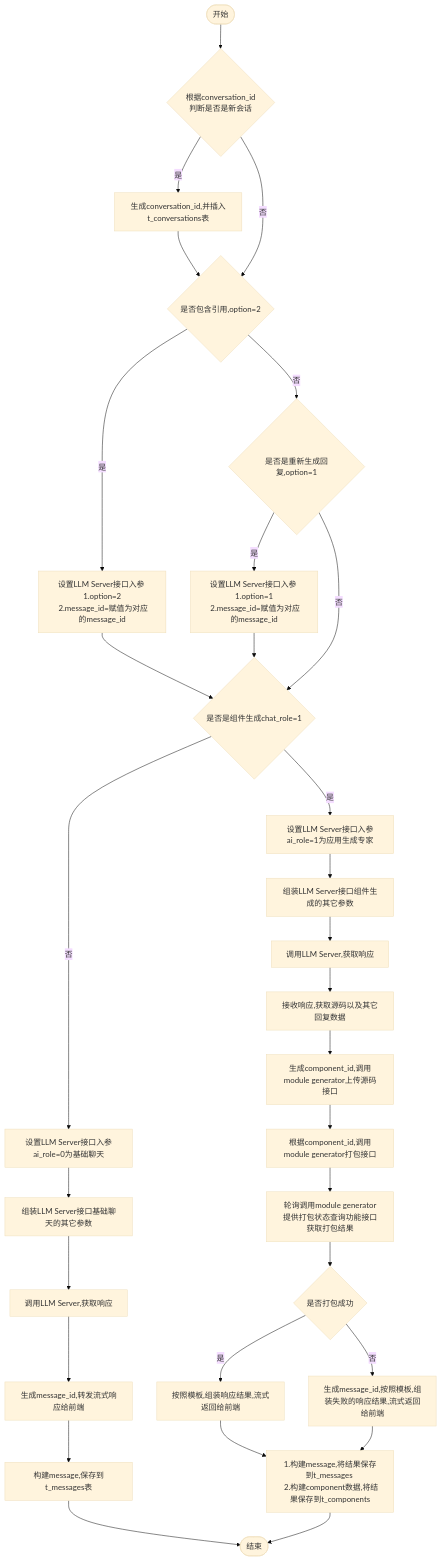
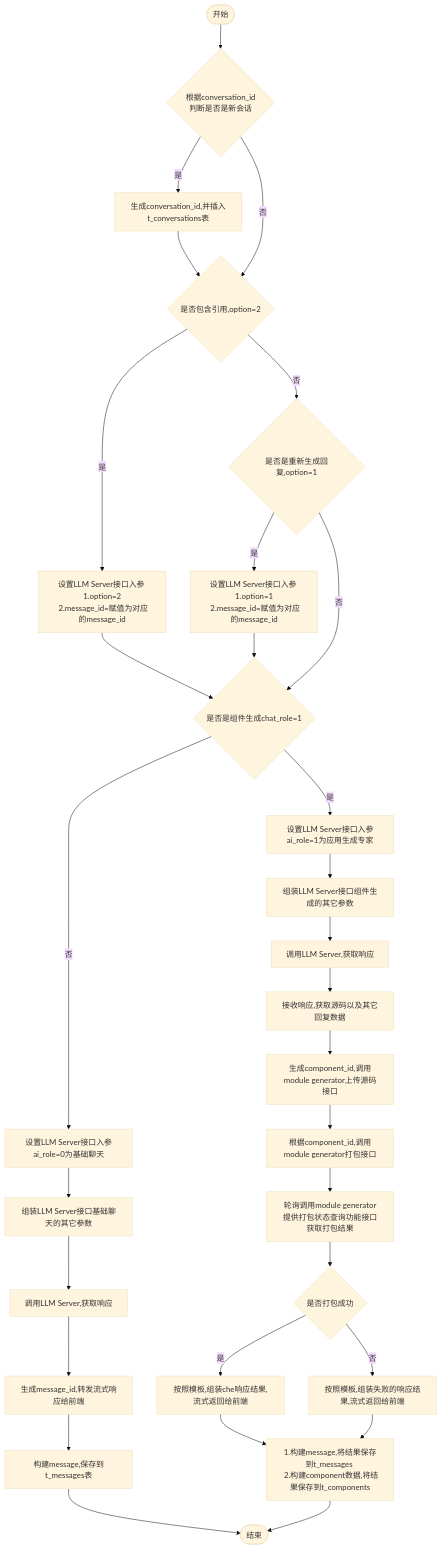
Before and after one commit to yingjianzh/iodraw-files: the diagram in all/w3-会话-不需要传递message.md, drawn with Mermaid (base theme).

Commit message:
2024-10-14 14:01:56 update

````diff
--- a/all/w3-会话-不需要传递message.md
+++ b/all/w3-会话-不需要传递message.md
@@ -1,36 +1,36 @@
 ```mermaid
 flowchart TD
     A([开始]) --> B{根据conversation_id \n 判断是否是新会话}
     B -- 是 --> C[生成conversation_id,并插入t_conversations表]
     C --> D
     B -- 否 --> D{是否包含引用,option=2}
     D -- 是 --> E[设置LLM Server接口入参 \n 1.option=2 \n 2.message_id=赋值为对应的message_id]
     D -- 否 --> F{是否是重新生成回复,option=1}
     F -- 是 --> G[设置LLM Server接口入参 \n 1.option=1 \n 2.message_id=赋值为对应的message_id]
     F -- 否 --> I
      
     E & G --> I{是否是组件生成chat_role=1}
     I -- 否 --> K[设置LLM Server接口入参ai_role=0为基础聊天]
     I -- 是 --> J[设置LLM Server接口入参ai_role=1为应用生成专家]
     
 
     J --> L[组装LLM Server接口组件生成的其它参数]    
     K --> M[组装LLM Server接口基础聊天的其它参数]    
     M --> N[调用LLM Server,获取响应]    
     N --> O[生成message_id,转发流式响应给前端]
     O --> P[构建message,保存到t_messages表]
     P --> R([结束])
 
 
     L --> S[调用LLM Server,获取响应]
     S --> T[接收响应,获取源码以及其它回复数据]
     T --> U[生成component_id,调用module generator上传源码接口]
     U --> V[根据component_id,调用module generator打包接口]
     V --> W[轮询调用module generator提供打包状态查询功能接口获取打包结果]
     W --> X{是否打包成功}
-    X -- 是 --> Y[按照模板,组装响应结果,流式返回给前端]
-    X -- 否 --> Z[生成message_id,按照模板,组装失败的响应结果,流式返回给前端]
+    X -- 是 --> Y[按照模板,组装che响应结果,流式返回给前端]
+    X -- 否 --> Z[按照模板,组装失败的响应结果,流式返回给前端]
 
     Y & Z --> Result[1.构建message,将结果保存到t_messages \n 2.构建component数据,将结果保存到t_components]
     Result --> R
 ```
````
